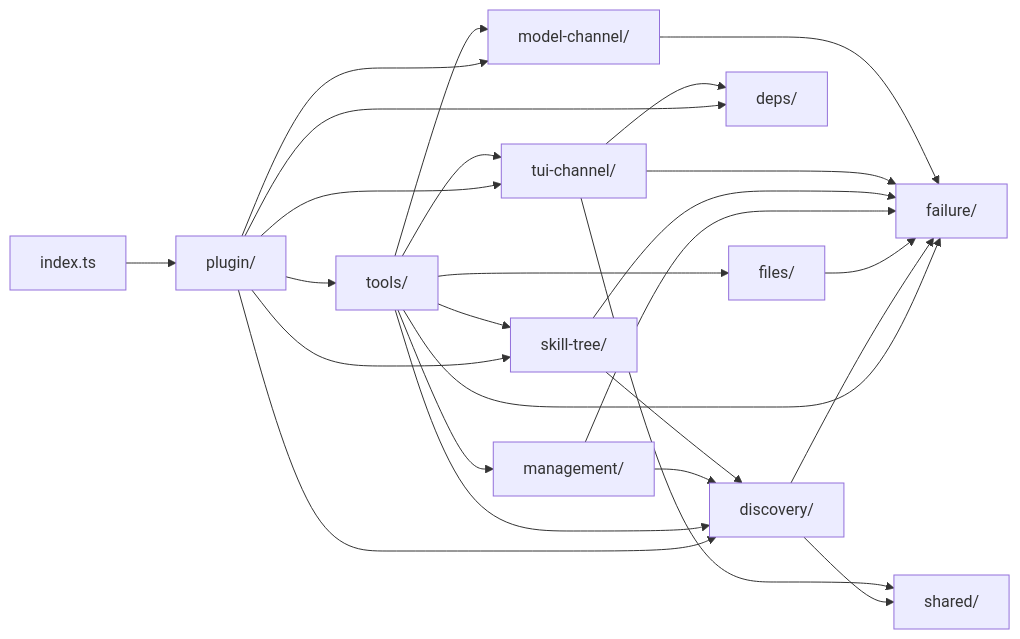
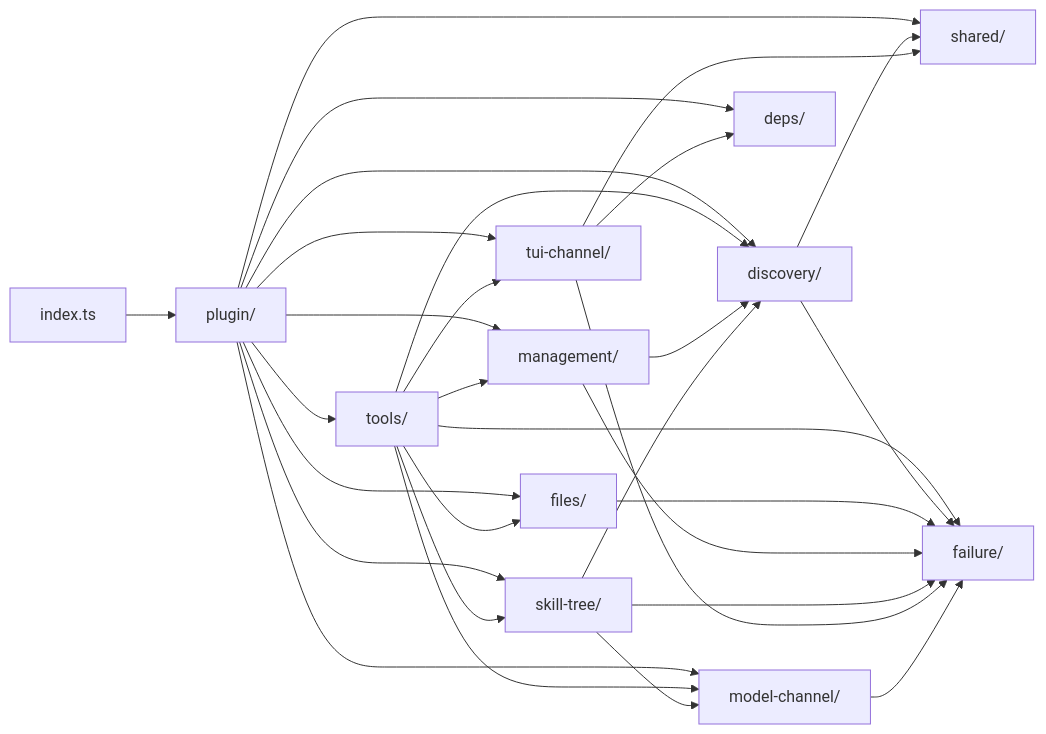
One commit to EyKettle/pi-skill-tools changed the diagram in docs_zh-CN/architecture.md. Above: the diagram before and after it, drawn with Mermaid. The commit also changed other lines of this file, not shown here.

````diff
--- a/docs_zh-CN/architecture.md
+++ b/docs_zh-CN/architecture.md
@@ -93,31 +95,35 @@
 ```mermaid
 graph LR
   index["index.ts"] --> plugin["plugin/"]
 
   plugin --> tools["tools/"]
   plugin --> skilltree["skill-tree/"]
   plugin --> discovery["discovery/"]
   plugin --> model["model-channel/"]
   plugin --> tui["tui-channel/"]
+  plugin --> files["files/"]
+  plugin --> management["management/"]
+  plugin --> shared
   plugin --> deps["deps/"]
 
   tools --> discovery
   tools --> files["files/"]
   tools --> management["management/"]
   tools --> skilltree
   tools --> tui["tui-channel/"]
   tools --> model
   tools --> failure["failure/"]
 
   discovery --> failure
   discovery --> shared["shared/"]
   files --> failure
   management --> discovery
   management --> failure
   skilltree --> discovery
   skilltree --> failure
+  skilltree --> model["model-channel/"]
   tui --> deps
   tui --> failure
   tui --> shared
   model --> failure
 ```
````
